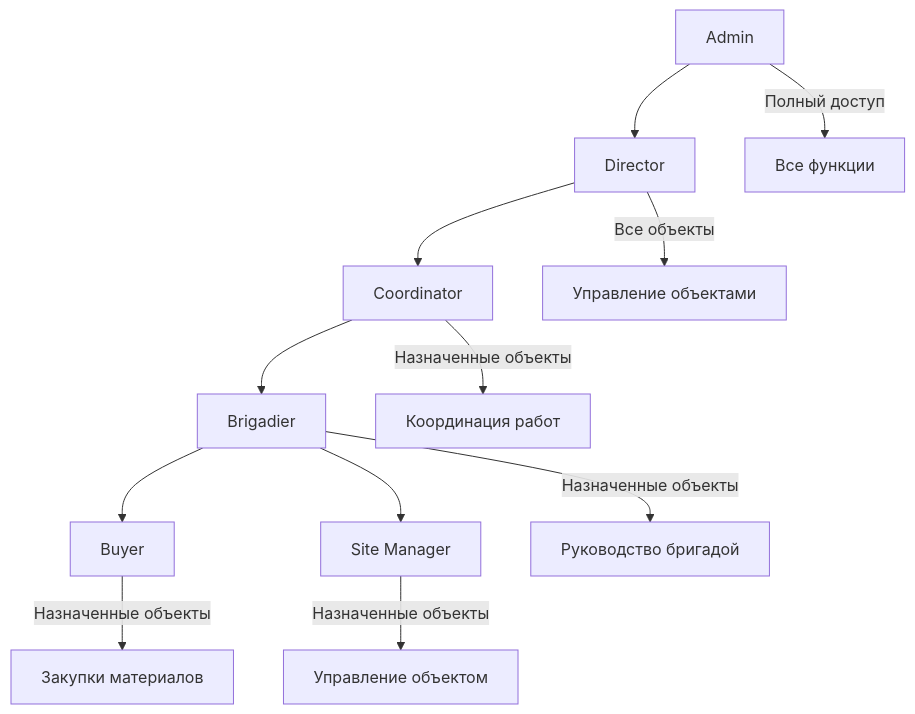
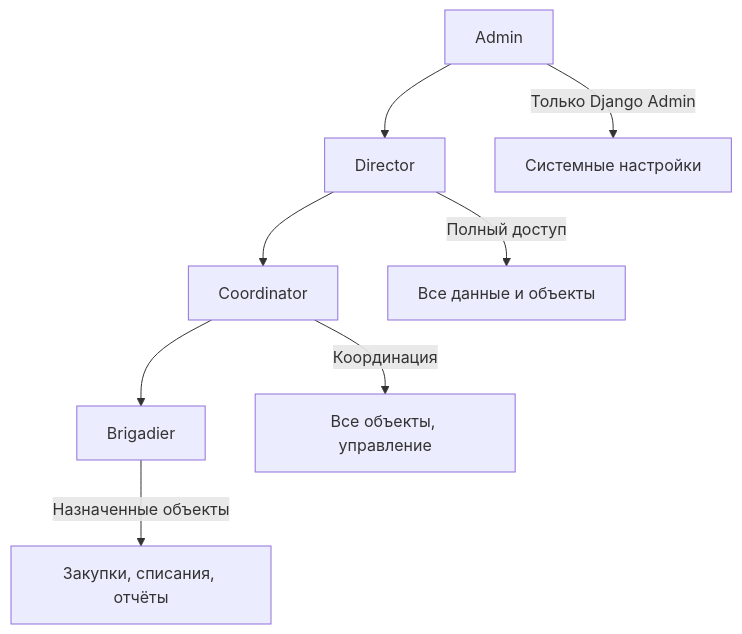
Before and after one commit to gato-gto/elom-frontend: the first of 2 diagrams in docs/summary/05-business-logic.md, drawn with Mermaid. The commit also changed other lines of this file and 66 other files, not shown here.

````diff
--- a/docs/summary/05-business-logic.md
+++ b/docs/summary/05-business-logic.md
@@ -11,15 +15,11 @@
 ```mermaid
 graph TD
     A[Admin] --> B[Director]
     B --> C[Coordinator]
     C --> D[Brigadier]
-    D --> E[Buyer]
-    D --> F[Site Manager]
     
-    A --> |Полный доступ| G[Все функции]
-    B --> |Все объекты| H[Управление объектами]
-    C --> |Назначенные объекты| I[Координация работ]
-    D --> |Назначенные объекты| J[Руководство бригадой]
-    E --> |Назначенные объекты| K[Закупки материалов]
-    F --> |Назначенные объекты| L[Управление объектом]
+    A --> |Только Django Admin| G[Системные настройки]
+    B --> |Полный доступ| H[Все данные и объекты]
+    C --> |Координация| I[Все объекты, управление]
+    D --> |Назначенные объекты| J[Закупки, списания, отчёты]
 ```
````
